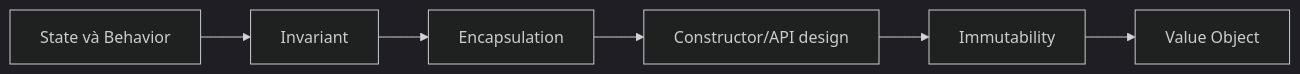
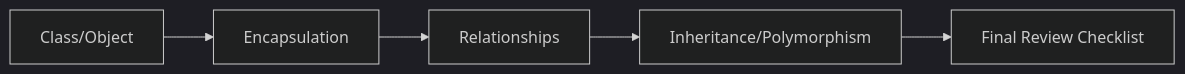
The second of 5 diagrams in oop-knowledge-base/00-meta/04-topic-dependencies.md (CaoRIV/awesome-learning-computing), drawn with Mermaid (dark theme) before and after one commit. The commit also changed other lines of this file and 6 other files, not shown here.

````diff
--- a/oop-knowledge-base/00-meta/04-topic-dependencies.md
+++ b/oop-knowledge-base/00-meta/04-topic-dependencies.md
@@ -73,8 +78,7 @@
 ```mermaid
 flowchart LR
-    S[State và Behavior] --> I[Invariant]
-    I --> E[Encapsulation]
-    E --> C[Constructor/API design]
-    C --> IM[Immutability]
-    IM --> VO[Value Object]
+    A[Class/Object] --> B[Encapsulation]
+    B --> C[Relationships]
+    C --> D[Inheritance/Polymorphism]
+    D --> E[Final Review Checklist]
 ```
````
